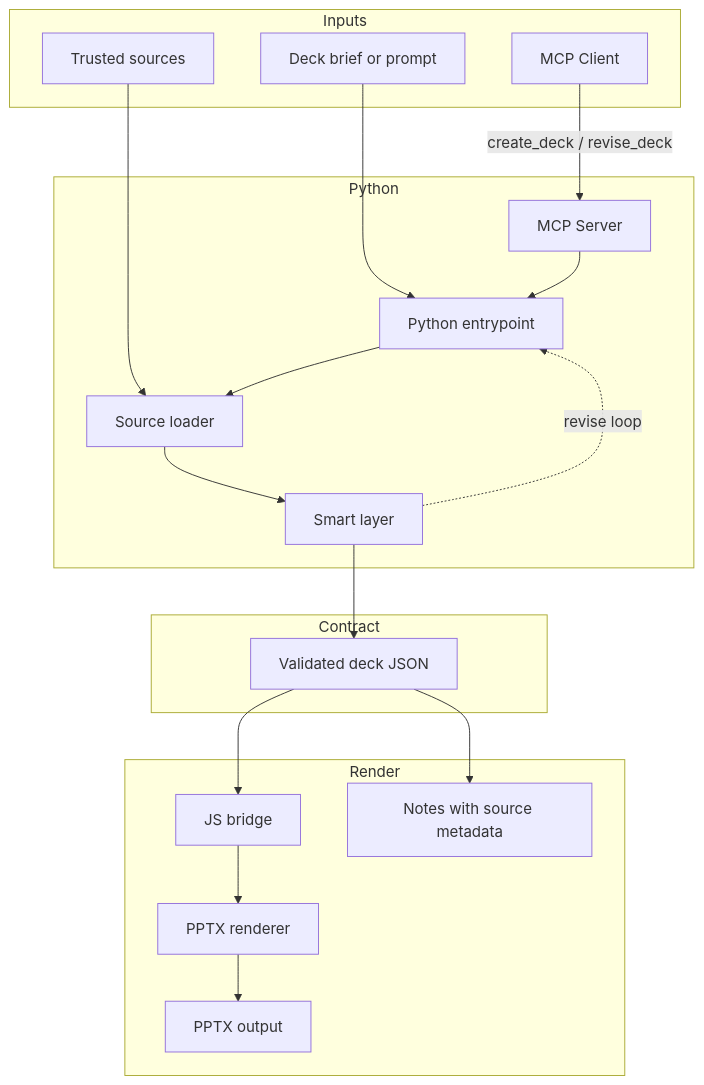
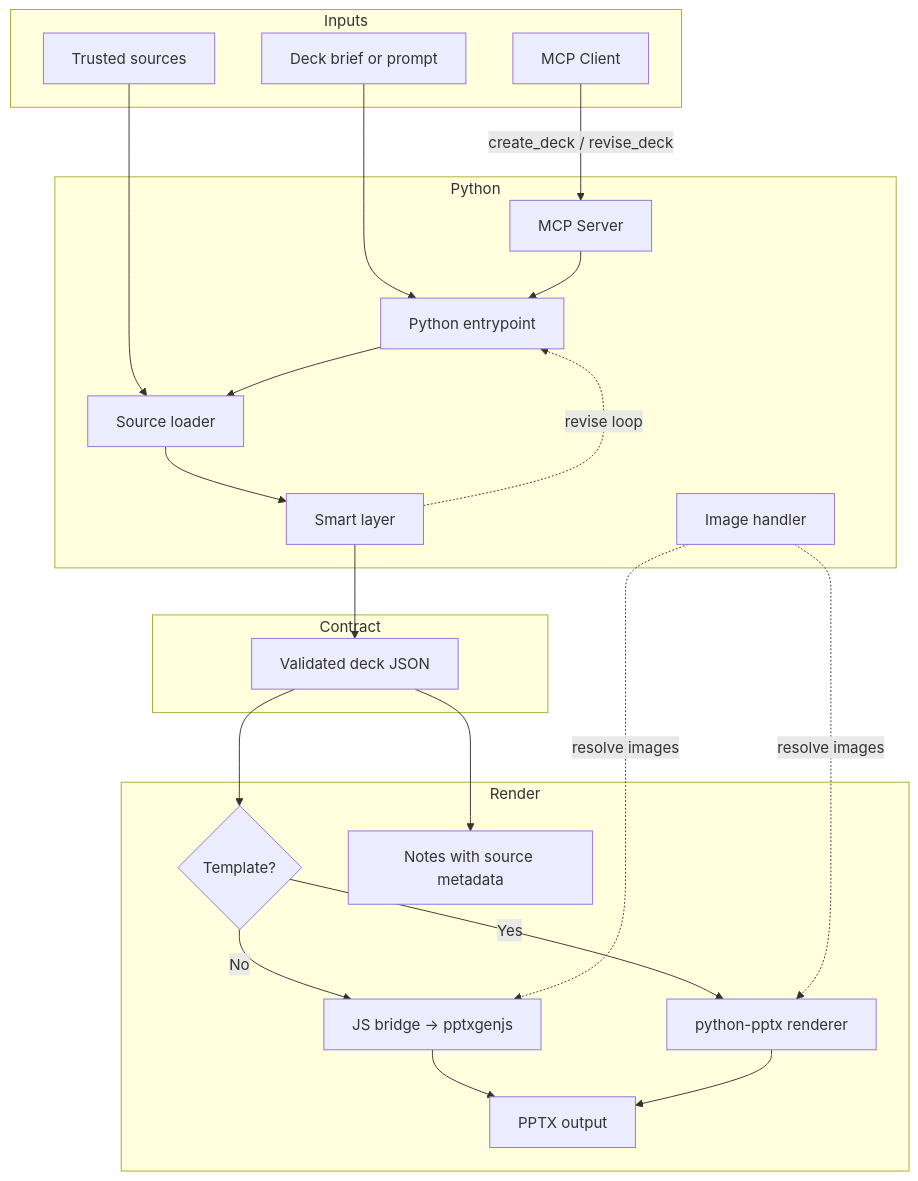
One commit to lijunliu-gh/auto-ppt-prototype changed the diagram in README.md. Above: the diagram before and after it, drawn with Mermaid. The commit also changed other lines of this file, not shown here.

First line of the commit message:
docs: fix README repo map, TOC, and end-to-end flow diagram

````diff
--- a/README.md
+++ b/README.md
@@ -316,39 +323,45 @@
 ```mermaid
 flowchart TD
         A[Deck brief or prompt] --> C[Python entrypoint]
         B[Trusted sources] --> D[Source loader]
         M[MCP Client] -->|create_deck / revise_deck| K[MCP Server]
         K --> C
         C --> D
         D --> E[Smart layer]
         E --> F[Validated deck JSON]
-        F --> G[JS bridge]
-        G --> H[PPTX renderer]
+        F --> G{Template?}
+        G -->|No| H[JS bridge → pptxgenjs]
+        G -->|Yes| P[python-pptx renderer]
         H --> I[PPTX output]
+        P --> I
         E -. revise loop .-> C
         F --> J[Notes with source metadata]
+        IMG[Image handler] -.->|resolve images| P
+        IMG -.->|resolve images| H
 
         subgraph Inputs
             A
             B
             M
         end
 
         subgraph Python
             K
             C
             D
             E
+            IMG
         end
 
         subgraph Contract
             F
         end
 
         subgraph Render
             G
             H
+            P
             I
             J
         end
 ```
````
